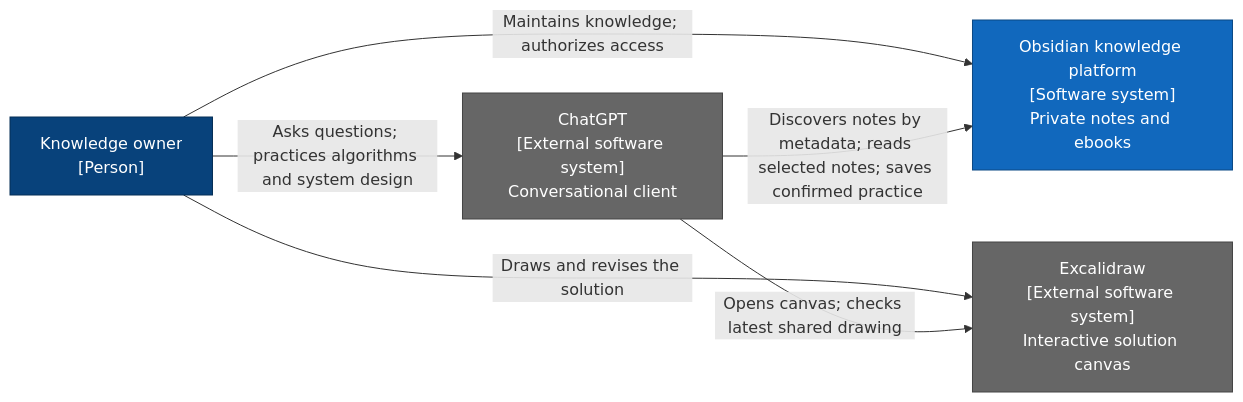
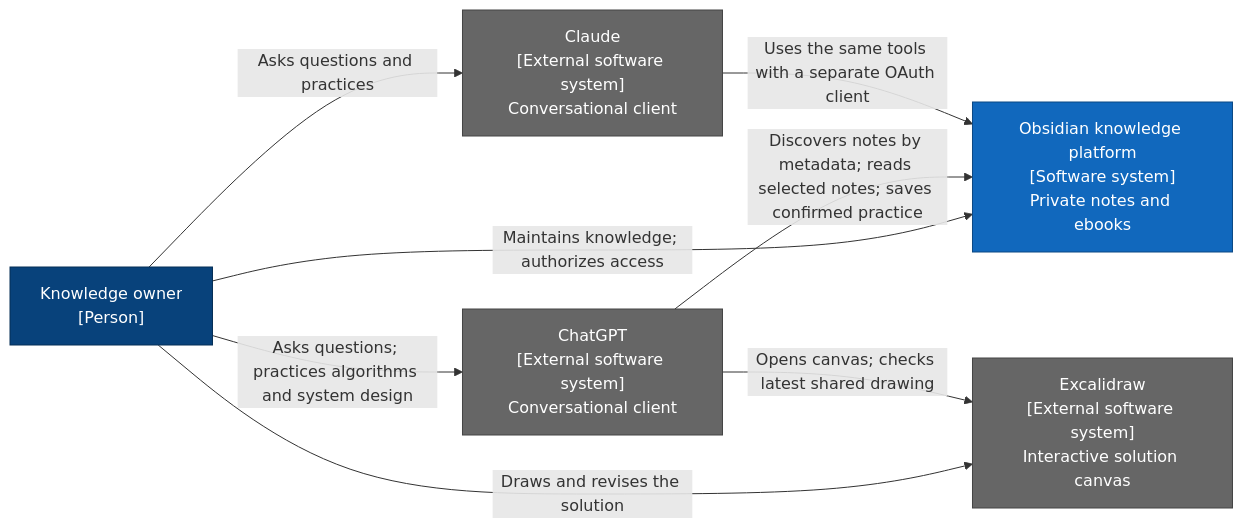
Before and after one commit to yepengfan/obsidian-workflow-infra: the first of 2 diagrams in README.md, drawn with Mermaid. The commit also changed other lines of this file and 14 other files, not shown here.

Commit message:
feat: add a separate Claude OAuth client

````diff
--- a/README.md
+++ b/README.md
@@ -19,20 +20,23 @@
 ```mermaid
 flowchart LR
     Owner["Knowledge owner<br/>[Person]"]
     ChatGPT["ChatGPT<br/>[External software system]<br/>Conversational client"]
+    Claude["Claude<br/>[External software system]<br/>Conversational client"]
     Platform["Obsidian knowledge platform<br/>[Software system]<br/>Private notes and ebooks"]
     Excalidraw["Excalidraw<br/>[External software system]<br/>Interactive solution canvas"]
 
     Owner -->|"Asks questions; practices algorithms and system design"| ChatGPT
+    Owner -->|"Asks questions and practices"| Claude
     Owner -->|"Maintains knowledge; authorizes access"| Platform
     ChatGPT -->|"Discovers notes by metadata; reads selected notes; saves confirmed practice"| Platform
+    Claude -->|"Uses the same tools with a separate OAuth client"| Platform
     Owner -->|"Draws and revises the solution"| Excalidraw
     ChatGPT -->|"Opens canvas; checks latest shared drawing"| Excalidraw
 
     classDef person fill:#08427b,color:#fff,stroke:#052e56
     classDef external fill:#666,color:#fff,stroke:#444
     classDef system fill:#1168bd,color:#fff,stroke:#0b4884
     class Owner person
-    class ChatGPT,Excalidraw external
+    class ChatGPT,Claude,Excalidraw external
     class Platform system
 ```
````
